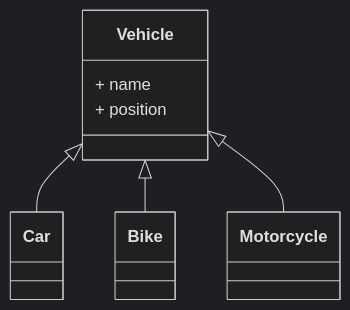
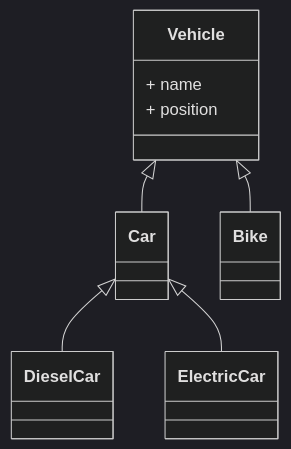
One commit to CPP-MINI/cpp-site changed the third of 3 diagrams in content/wyk/w6/index.pl.md. Above: the diagram before and after it, drawn with Mermaid (dark theme). The commit also changed other lines of this file and 3 other files, not shown here.

````diff
--- a/content/wyk/w6/index.pl.md
+++ b/content/wyk/w6/index.pl.md
@@ -487,14 +568,16 @@
 ```mermaid
 classDiagram
     class Vehicle { 
         + name 
         + position
     }
     class Car { }
     class Bike { }
-    class Motorcycle { }
+    class DieselCar { }
+    class ElectricCar { }
     
     Vehicle <|-- Car
     Vehicle <|-- Bike
-    Vehicle <|-- Motorcycle
+    Car <|-- DieselCar
+    Car <|-- ElectricCar
 ```
````
